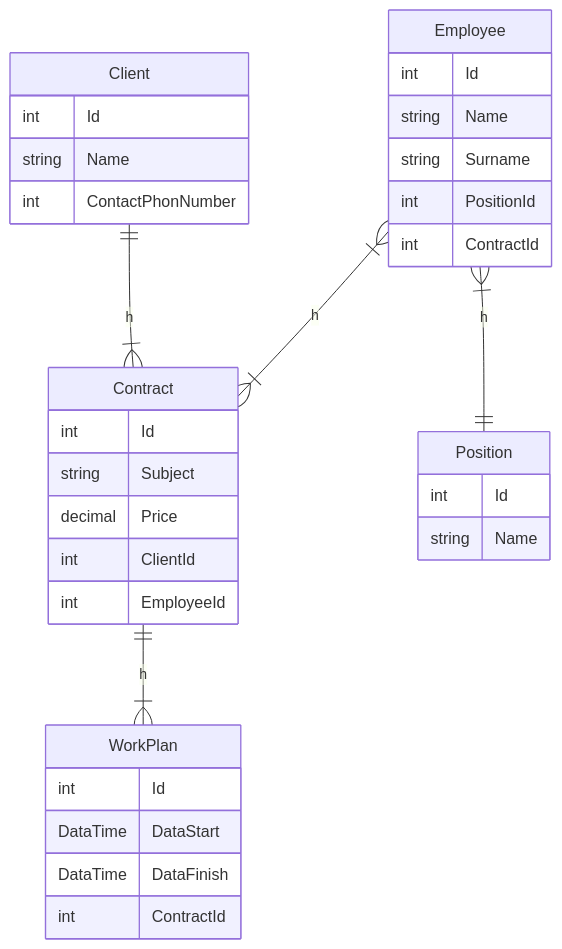
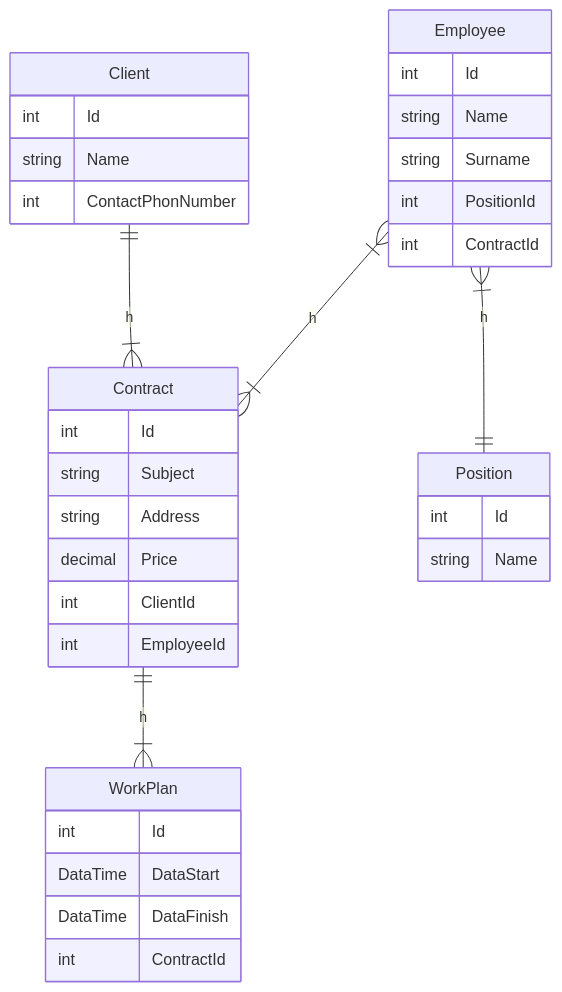
One commit to KondratenkoDV/CRM changed the diagram in README.md. Above: the diagram before and after it, drawn with Mermaid.

````diff
--- a/README.md
+++ b/README.md
@@ -1,41 +1,42 @@
 ```mermaid
 erDiagram
   Employee }|--|{ Contract : h
   Client ||--|{ Contract : h
   Contract ||--|{ WorkPlan : h
   Employee }|--|| Position : h
   
   Employee{
       int Id
       string Name
       string Surname
       int PositionId
       int ContractId
   }
 
   Client{
       int Id
       string Name
       int ContactPhonNumber
   }
 
   Contract{
       int Id
       string Subject
+      string Address
       decimal Price
       int ClientId
       int EmployeeId
   }
 
   WorkPlan{
       int Id
       DataTime DataStart
       DataTime DataFinish
       int ContractId
   }
   
   Position{
       int Id
       string Name
   }
   ```
````
